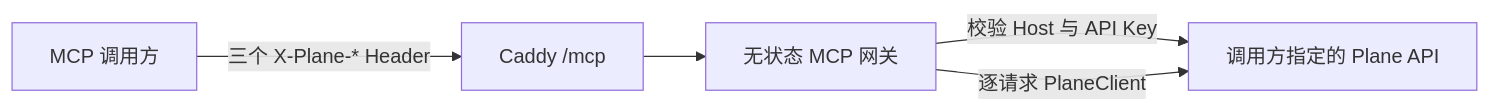
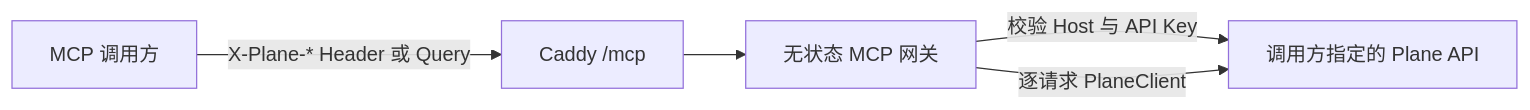
The diagram in docs/plane-mcp-deployment-assessment.md (aivp/plane), drawn with Mermaid before and after one commit. The commit also changed other lines of this file and 8 other files, not shown here.

````diff
--- a/docs/plane-mcp-deployment-assessment.md
+++ b/docs/plane-mcp-deployment-assessment.md
@@ -31,7 +31,7 @@
 ```mermaid
 flowchart LR
-  Client["MCP 调用方"] -->|"三个 X-Plane-* Header"| Proxy["Caddy /mcp"]
+  Client["MCP 调用方"] -->|"X-Plane-* Header 或 Query"| Proxy["Caddy /mcp"]
   Proxy --> MCP["无状态 MCP 网关"]
   MCP -->|"校验 Host 与 API Key"| PlaneA["调用方指定的 Plane API"]
   MCP -->|"逐请求 PlaneClient"| PlaneA
 ```
````
